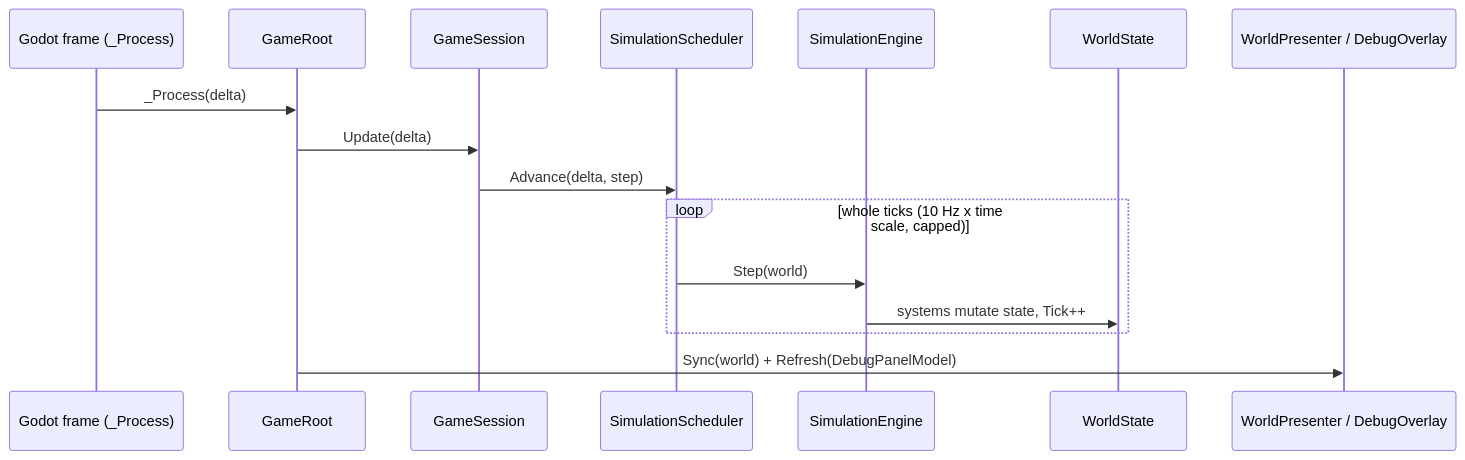
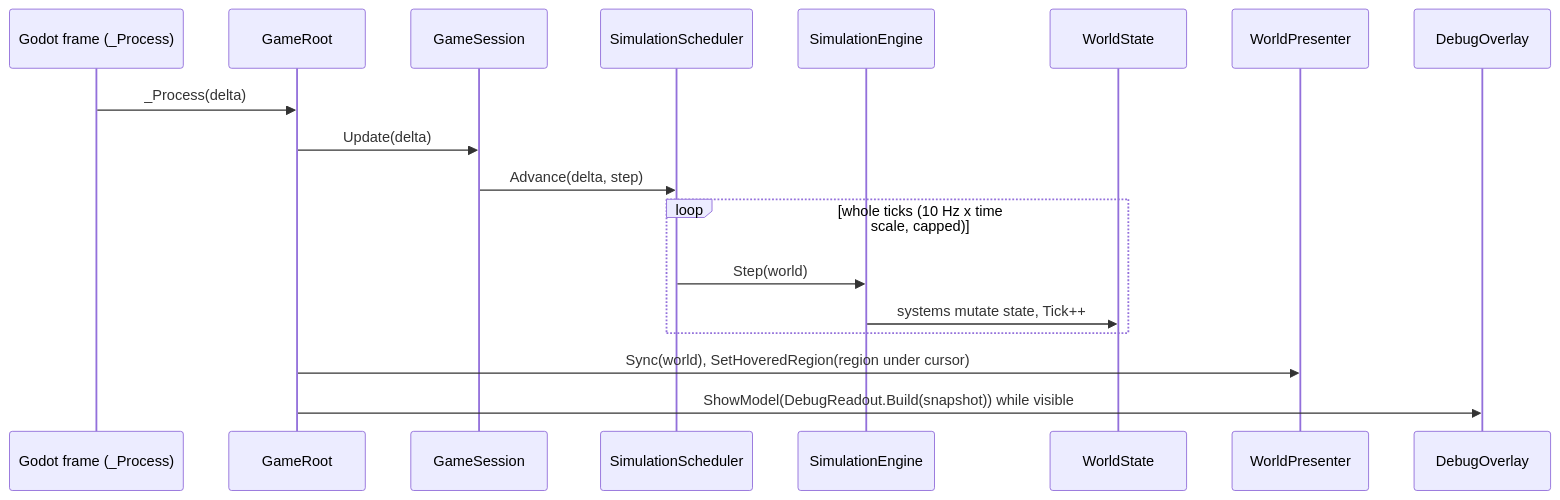
Before and after one commit to roeyazroel/pantheon: the second of 4 diagrams in docs/ARCHITECTURE.md, drawn with Mermaid. The commit also changed other lines of this file, not shown here.

First line of the commit message:
docs: align architecture diagrams with the code

````diff
--- a/docs/ARCHITECTURE.md
+++ b/docs/ARCHITECTURE.md
@@ -172,19 +172,21 @@
 ```mermaid
 sequenceDiagram
     participant Godot as Godot frame (_Process)
     participant Root as GameRoot
     participant Session as GameSession
     participant Sched as SimulationScheduler
     participant Engine as SimulationEngine
     participant State as WorldState
-    participant View as WorldPresenter / DebugOverlay
+    participant View as WorldPresenter
+    participant Overlay as DebugOverlay
 
     Godot->>Root: _Process(delta)
     Root->>Session: Update(delta)
     Session->>Sched: Advance(delta, step)
     loop whole ticks (10 Hz x time scale, capped)
         Sched->>Engine: Step(world)
         Engine->>State: systems mutate state, Tick++
     end
-    Root->>View: Sync(world) + Refresh(DebugPanelModel)
+    Root->>View: Sync(world), SetHoveredRegion(region under cursor)
+    Root->>Overlay: ShowModel(DebugReadout.Build(snapshot)) while visible
 ```
````
